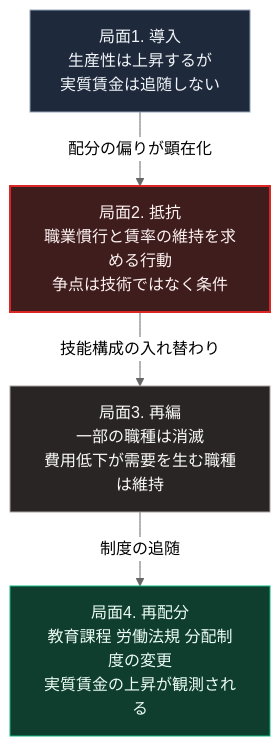
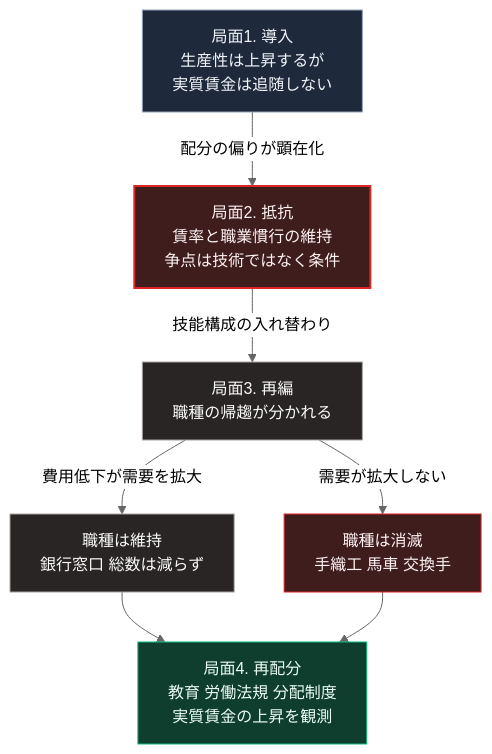
Before and after one commit to Takenori-Kusaka/zenn-content: the diagram in books/sovereign-resilience-blueprint/technology-displacement-history.md, drawn with Mermaid (neutral theme). The commit also changed other lines of this file and 114 other files, not shown here.

````diff
--- a/books/sovereign-resilience-blueprint/technology-displacement-history.md
+++ b/books/sovereign-resilience-blueprint/technology-displacement-history.md
@@ -77,12 +77,17 @@
 ```mermaid
 flowchart TD
     P1[局面1. 導入<br>生産性は上昇するが<br>実質賃金は追随しない]
-    P1 -->|配分の偏りが顕在化| P2[局面2. 抵抗<br>職業慣行と賃率の維持を求める行動<br>争点は技術ではなく条件]
-    P2 -->|技能構成の入れ替わり| P3[局面3. 再編<br>一部の職種は消滅<br>費用低下が需要を生む職種は維持]
-    P3 -->|制度の追随| P4[局面4. 再配分<br>教育課程 労働法規 分配制度の変更<br>実質賃金の上昇が観測される]
+    P1 -->|配分の偏りが顕在化| P2[局面2. 抵抗<br>賃率と職業慣行の維持<br>争点は技術ではなく条件]
+    P2 -->|技能構成の入れ替わり| P3[局面3. 再編<br>職種の帰趨が分かれる]
+    P3 -->|費用低下が需要を拡大| K[職種は維持<br>銀行窓口 総数は減らず]
+    P3 -->|需要が拡大しない| L[職種は消滅<br>手織工 馬車 交換手]
+    K --> P4[局面4. 再配分<br>教育 労働法規 分配制度<br>実質賃金の上昇を観測]
+    L --> P4
 
     style P1 fill:#1e293b,stroke:#94a3b8,color:#f1f5f9
     style P2 fill:#3f1d1d,stroke:#dc2626,stroke-width:2px,color:#fef2f2
     style P3 fill:#292524,stroke:#a8a29e,color:#fafaf9
+    style K fill:#292524,stroke:#a8a29e,color:#fafaf9
+    style L fill:#3f1d1d,stroke:#dc2626,color:#fef2f2
     style P4 fill:#0f3d2e,stroke:#10b981,color:#ecfdf5
 ```
````
